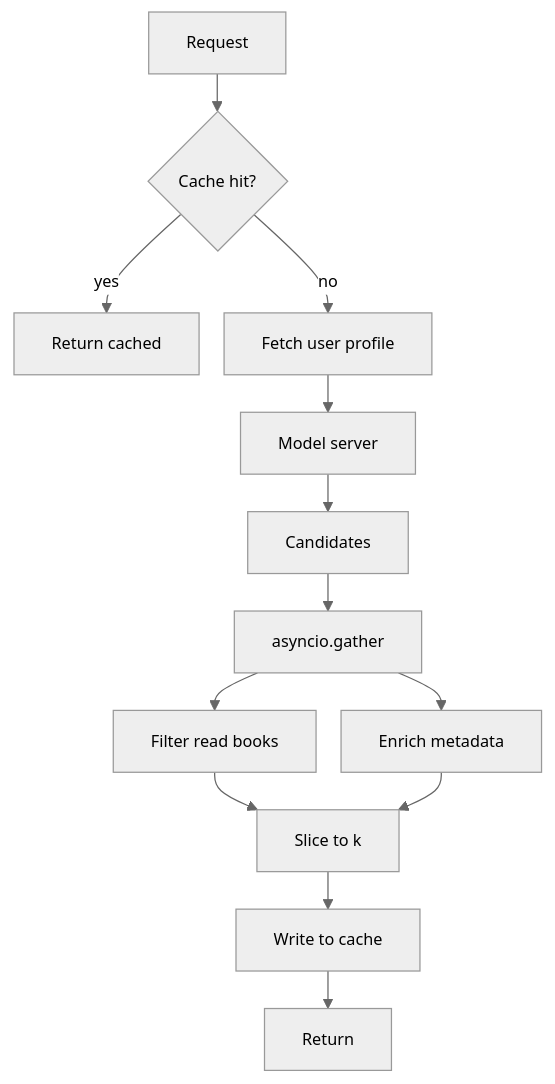
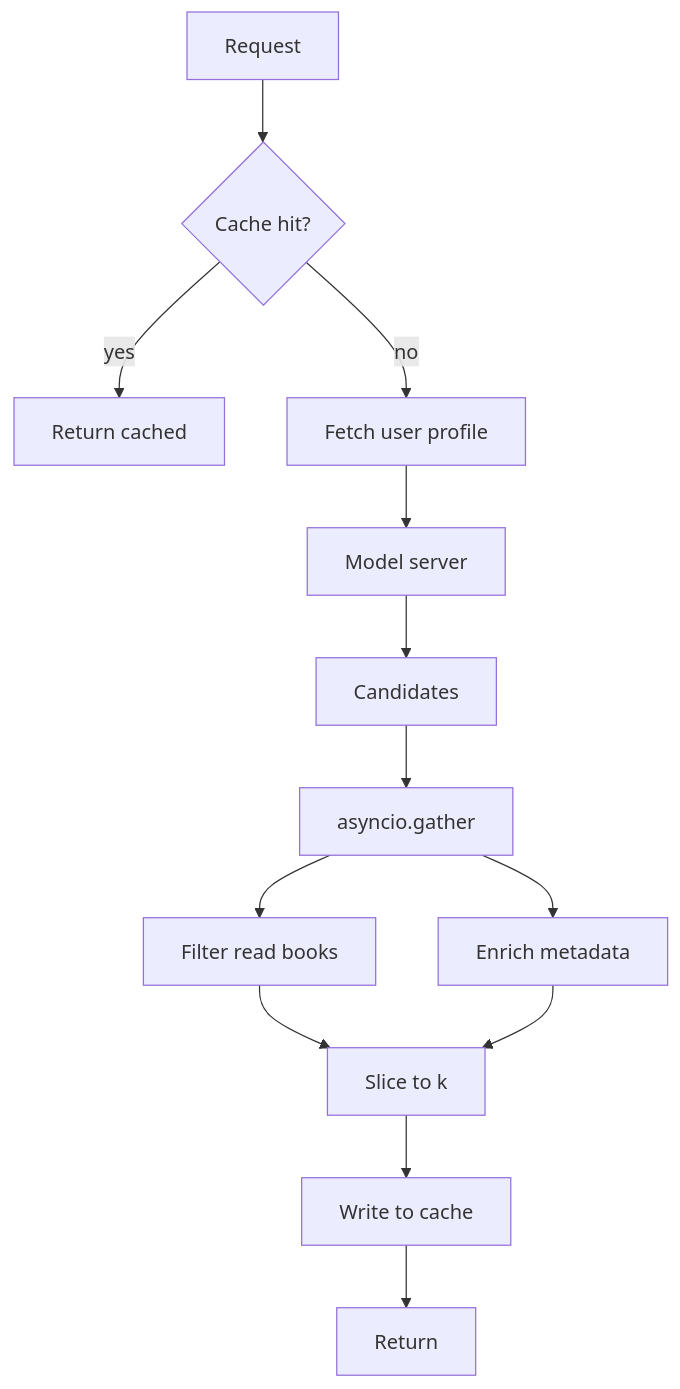
Before and after one commit to simon-bouchard/portfolio: the diagram in docs/diagrams/inference-pipeline.mmd, drawn with Mermaid. The commit also changed 23 other files, not shown here.

Commit message:
feat: add dark and light mode diagrams following the themes. Also added script and artifacts to generate and modify diagrams more easily

```diff
--- a/docs/diagrams/inference-pipeline.mmd
+++ b/docs/diagrams/inference-pipeline.mmd
@@ -1,14 +1,13 @@
-%%{init: {'theme': 'neutral', 'themeVariables': {'fontSize': '13px'}, 'flowchart': {'rankSpacing': 30, 'nodeSpacing': 20}}}%%
 flowchart TD
     A[Request] --> B{Cache hit?}
     B -- yes --> Z[Return cached]
     B -- no --> C[Fetch user profile]
     C --> D[Model server]
     D --> E[Candidates]
     E --> F[asyncio.gather]
     F --> G[Filter read books]
     F --> H[Enrich metadata]
     G --> I[Slice to k]
     H --> I
     I --> J[Write to cache]
     J --> K[Return]
```
